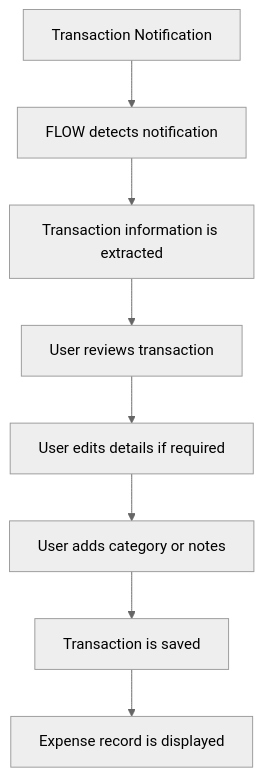
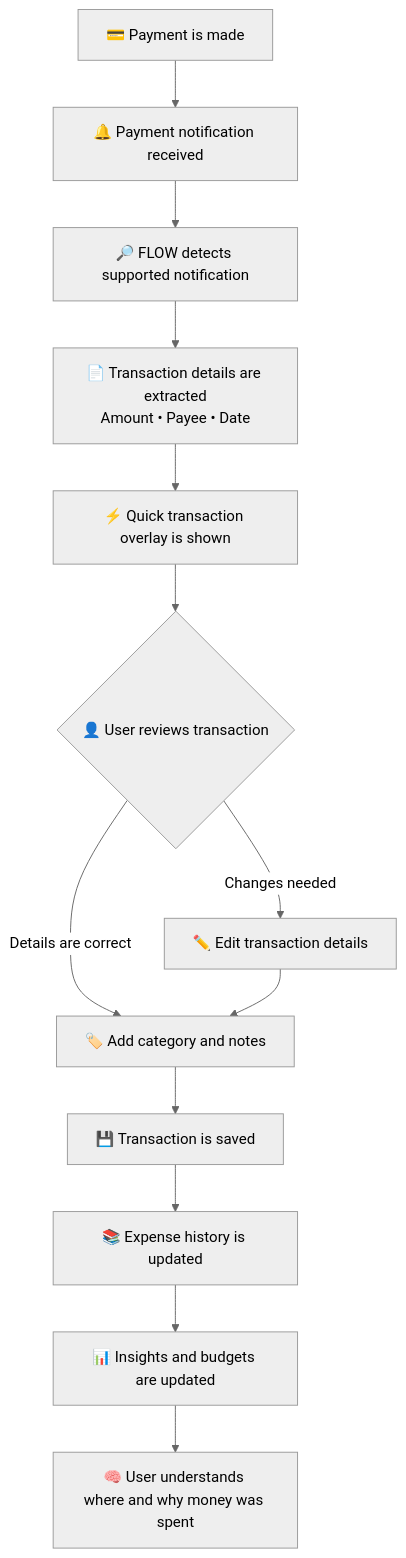
One commit to emiljinx-core/flow-expense-tracker changed the first of 2 diagrams in README.md. Above: the diagram before and after it, drawn with Mermaid (neutral theme). The commit also changed other lines of this file, not shown here.

````diff
--- a/README.md
+++ b/README.md
@@ -89,10 +106,17 @@
 ```mermaid
 flowchart TD
-    A[Transaction Notification] --> B[FLOW detects notification]
-    B --> C[Transaction information is extracted]
-    C --> D[User reviews transaction]
-    D --> E[User edits details if required]
-    E --> F[User adds category or notes]
-    F --> G[Transaction is saved]
-    G --> H[Expense record is displayed]
+    A["💳 Payment is made"] --> B["🔔 Payment notification received"]
+    B --> C["🔎 FLOW detects supported notification"]
+    C --> D["📄 Transaction details are extracted<br/>Amount • Payee • Date"]
+    D --> E["⚡ Quick transaction overlay is shown"]
+    E --> F{"👤 User reviews transaction"}
+
+    F -->|Details are correct| G["🏷️ Add category and notes"]
+    F -->|Changes needed| H["✏️ Edit transaction details"]
+
+    H --> G
+    G --> I["💾 Transaction is saved"]
+    I --> J["📚 Expense history is updated"]
+    J --> K["📊 Insights and budgets are updated"]
+    K --> L["🧠 User understands where and why money was spent"]
 ```
````
